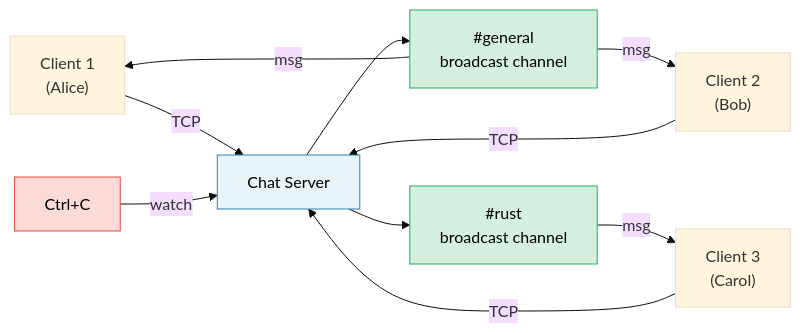
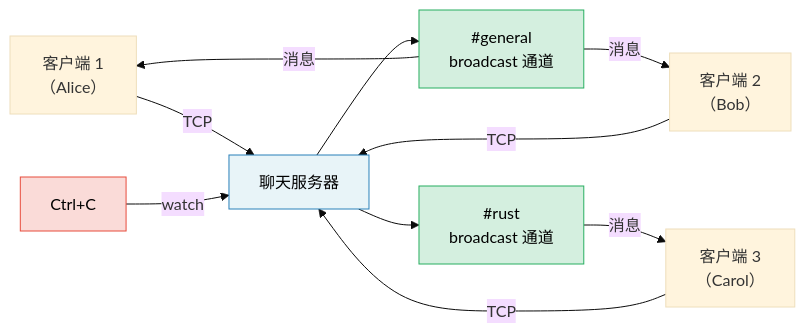
Before and after one commit to hearsay316/RustTraining: the diagram in async-book/src-zh/ch17-capstone-project.md, drawn with Mermaid (base theme). The commit also changed other lines of this file and 18 other files, not shown here.

````diff
--- a/async-book/src-zh/ch17-capstone-project.md
+++ b/async-book/src-zh/ch17-capstone-project.md
@@ -24,20 +24,20 @@
 ```mermaid
 graph LR
-    C1["Client 1<br/>(Alice)"] -->|TCP| SERVER["Chat Server"]
-    C2["Client 2<br/>(Bob)"] -->|TCP| SERVER
-    C3["Client 3<br/>(Carol)"] -->|TCP| SERVER
+    C1["客户端 1<br/>（Alice）"] -->|TCP| SERVER["聊天服务器"]
+    C2["客户端 2<br/>（Bob）"] -->|TCP| SERVER
+    C3["客户端 3<br/>（Carol）"] -->|TCP| SERVER
 
-    SERVER --> R1["#general<br/>broadcast channel"]
-    SERVER --> R2["#rust<br/>broadcast channel"]
+    SERVER --> R1["#general<br/>broadcast 通道"]
+    SERVER --> R2["#rust<br/>broadcast 通道"]
 
-    R1 -->|msg| C1
-    R1 -->|msg| C2
-    R2 -->|msg| C3
+    R1 -->|消息| C1
+    R1 -->|消息| C2
+    R2 -->|消息| C3
 
     CTRL["Ctrl+C"] -->|watch| SERVER
 
     style SERVER fill:#e8f4f8,stroke:#2980b9,color:#000
     style R1 fill:#d4efdf,stroke:#27ae60,color:#000
     style R2 fill:#d4efdf,stroke:#27ae60,color:#000
     style CTRL fill:#fadbd8,stroke:#e74c3c,color:#000
 ```
````
